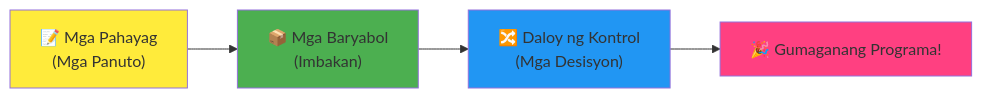
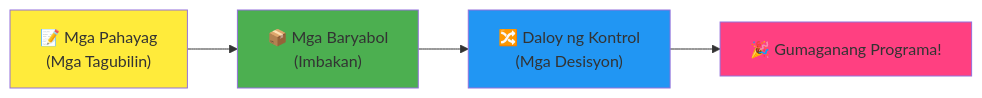
The fourth of 7 diagrams in translations/tl/1-getting-started-lessons/1-intro-to-programming-languages/README.md (microsoft/Web-Dev-For-Beginners), drawn with Mermaid before and after one commit. The commit also changed other lines of this file and 8 other files, not shown here.

````diff
--- a/translations/tl/1-getting-started-lessons/1-intro-to-programming-languages/README.md
+++ b/translations/tl/1-getting-started-lessons/1-intro-to-programming-languages/README.md
@@ -466,9 +466,9 @@
 ```mermaid
 flowchart LR
-    A["📝 Mga Pahayag<br/>(Mga Panuto)"] --> B["📦 Mga Baryabol<br/>(Imbakan)"] --> C["🔀 Daloy ng Kontrol<br/>(Mga Desisyon)"] --> D["🎉 Gumaganang Programa!"]
+    A["📝 Mga Pahayag<br/>(Mga Tagubilin)"] --> B["📦 Mga Baryabol<br/>(Imbakan)"] --> C["🔀 Daloy ng Kontrol<br/>(Mga Desisyon)"] --> D["🎉 Gumaganang Programa!"]
     
     style A fill:#ffeb3b
     style B fill:#4caf50
     style C fill:#2196f3
     style D fill:#ff4081
-```  
+```
````
